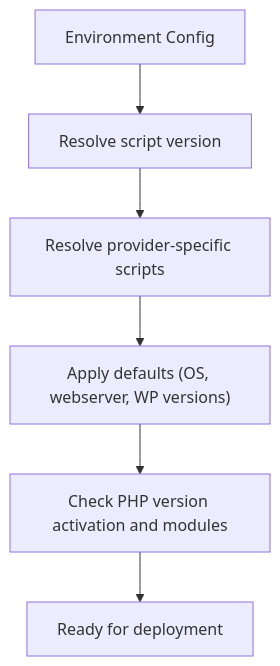
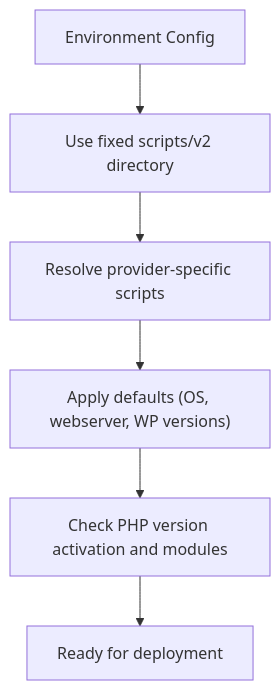
One commit to onedogsolutions/simple-stack changed the seventh of 8 diagrams in .qoder/repowiki/en/content/WordPress Application Engine/WordPress Application Lifecycle Management.md. Above: the diagram before and after it, drawn with Mermaid. The commit also changed other lines of this file and 5941 other files, not shown here.

````diff
--- a/.qoder/repowiki/en/content/WordPress Application Engine/WordPress Application Lifecycle Management.md
+++ b/.qoder/repowiki/en/content/WordPress Application Engine/WordPress Application Lifecycle Management.md
@@ -287,8 +287,8 @@
 ```mermaid
 flowchart TD
-EnvStart["Environment Config"] --> Version["Resolve script version"]
+EnvStart["Environment Config"] --> Version["Use fixed scripts/v2 directory"]
 Version --> ProviderScripts["Resolve provider-specific scripts"]
 ProviderScripts --> Defaults["Apply defaults (OS, webserver, WP versions)"]
 Defaults --> PHPState["Check PHP version activation and modules"]
 PHPState --> Ready["Ready for deployment"]
 ```
````
